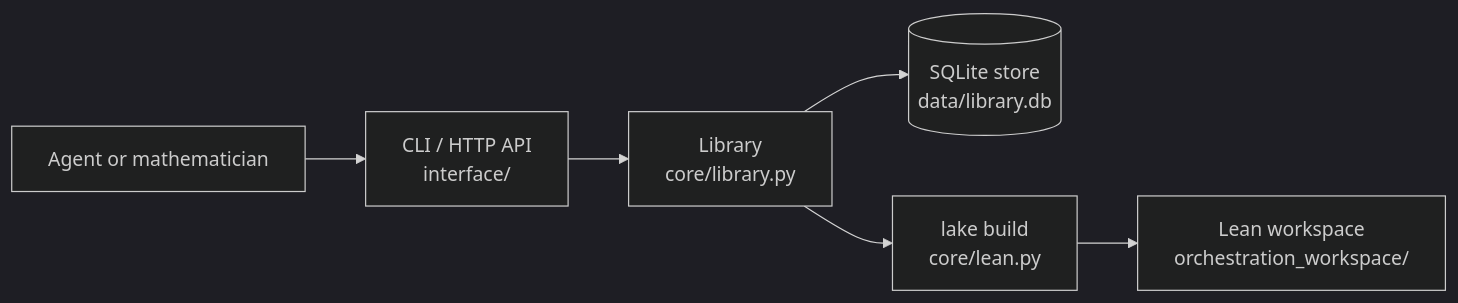
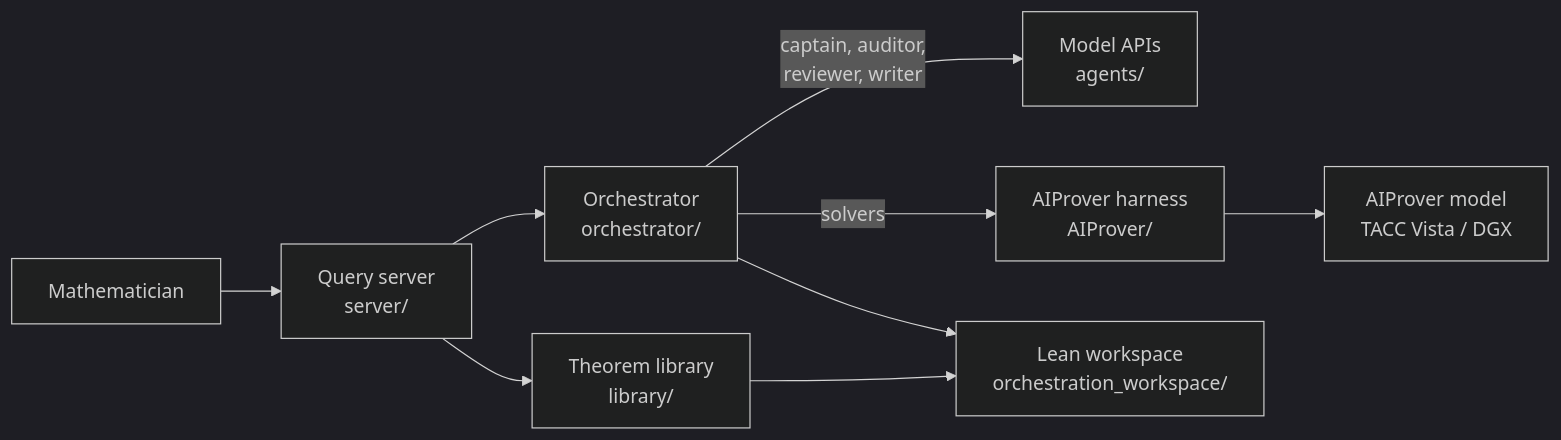
Before and after one commit to Logan-Cole-Luna/aiprover-orchestration: the diagram in README.md, drawn with Mermaid (dark theme). The commit also changed other lines of this file and 115 other files, not shown here.

````diff
--- a/README.md
+++ b/README.md
@@ -8,8 +10,11 @@
 ```mermaid
 flowchart LR
-    U[Agent or mathematician] --> I[CLI / HTTP API<br/>interface/]
-    I --> L[Library<br/>core/library.py]
-    L --> S[(SQLite store<br/>data/library.db)]
-    L --> B[lake build<br/>core/lean.py]
-    B --> W[Lean workspace<br/>orchestration_workspace/]
+    M[Mathematician] --> S[Query server<br/>server/]
+    S --> O[Orchestrator<br/>orchestrator/]
+    S --> L[Theorem library<br/>library/]
+    O -->|captain, auditor,<br/>reviewer, writer| C[Model APIs<br/>agents/]
+    O -->|solvers| A[AIProver harness<br/>AIProver/]
+    A --> V[AIProver model<br/>TACC Vista / DGX]
+    O --> W[Lean workspace<br/>orchestration_workspace/]
+    L --> W
 ```
````
